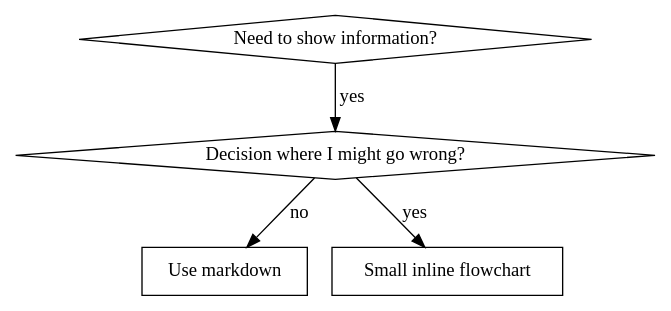
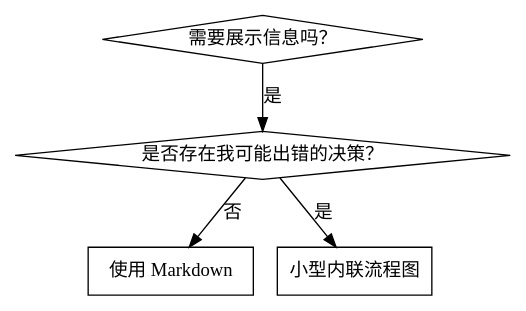
One commit to AreChen/superpowers-zh changed the first of 2 diagrams in skills/writing-skills/SKILL.md. Above: the diagram before and after it, drawn with Graphviz. The commit also changed other lines of this file and 14 other files, not shown here.

````diff
--- a/skills/writing-skills/SKILL.md
+++ b/skills/writing-skills/SKILL.md
@@ -292,12 +287,12 @@
 ```dot
 digraph when_flowchart {
-    "Need to show information?" [shape=diamond];
-    "Decision where I might go wrong?" [shape=diamond];
-    "Use markdown" [shape=box];
-    "Small inline flowchart" [shape=box];
+    "Need to show information?" [shape=diamond, label="需要展示信息吗？"];
+    "Decision where I might go wrong?" [shape=diamond, label="是否存在我可能出错的决策？"];
+    "Use markdown" [shape=box, label="使用 Markdown"];
+    "Small inline flowchart" [shape=box, label="小型内联流程图"];
 
-    "Need to show information?" -> "Decision where I might go wrong?" [label="yes"];
-    "Decision where I might go wrong?" -> "Small inline flowchart" [label="yes"];
-    "Decision where I might go wrong?" -> "Use markdown" [label="no"];
+    "Need to show information?" -> "Decision where I might go wrong?" [label="是"];
+    "Decision where I might go wrong?" -> "Small inline flowchart" [label="是"];
+    "Decision where I might go wrong?" -> "Use markdown" [label="否"];
 }
 ```
````
